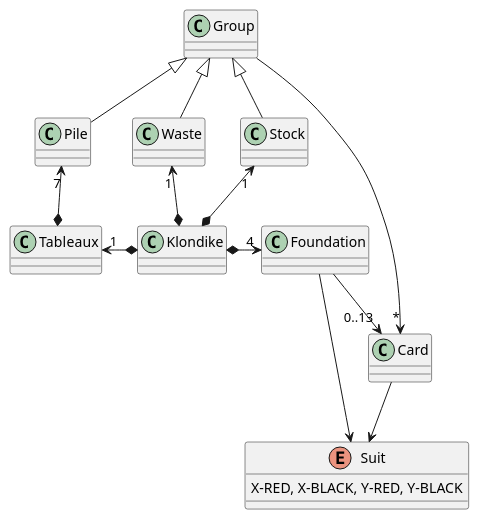
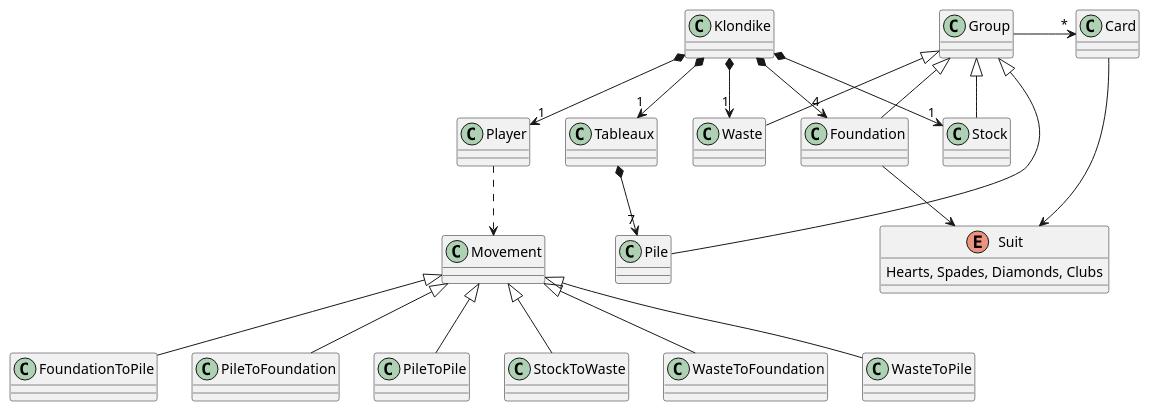
One commit to ciscoruiz/klondike changed the diagram in domainModel/entities.puml. Above: the diagram before and after it, drawn with PlantUML. The commit also changed 1 other file, not shown here.

Commit message:
Update Domain Model Movement Class and 6 types of movement Player Class Klondike Class move to bottom-up

```diff
--- a/domainModel/entities.puml
+++ b/domainModel/entities.puml
@@ -1,23 +1,34 @@
 @startuml
-class Card
 
 enum Suit {
- X-RED, X-BLACK, Y-RED, Y-BLACK
+ Hearts, Spades, Diamonds, Clubs
 }
 
 Card --> Suit
 
 Group -> "*" Card
 Group <|-down- Pile
 Group <|-down- Stock
 Group <|-down- Waste
+Group <|-down- Foundation
 
-Tableaux *-up-> "7" Pile
-Klondike *-up-> "1" Stock
-Klondike *-up-> "1" Waste
-Klondike *-left-> "1" Tableaux
-Klondike *-> "4" Foundation
+
+Tableaux *-down-> "7" Pile
+Klondike *-down-> "1" Stock
+Klondike *-down-> "1" Waste
+Klondike *-down-> "1" Tableaux
+Klondike *-down-> "4" Foundation
+Klondike *-down-> "1" Player
 
 Foundation --> Suit
-Foundation --> "0..13" Card
+
+Player..>Movement
+
+Movement <|-- FoundationToPile
+Movement <|-- PileToFoundation
+Movement <|-- PileToPile
+Movement <|-- StockToWaste
+Movement <|-- WasteToFoundation
+Movement <|-- WasteToPile
+
 @enduml
```
